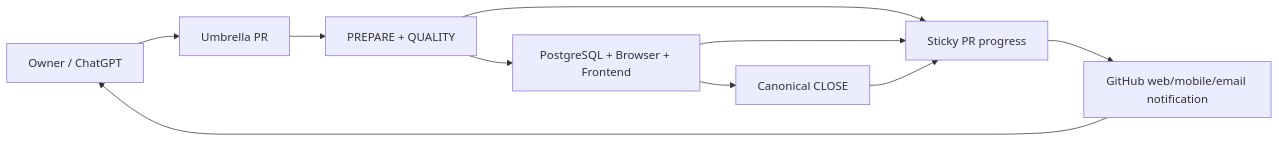
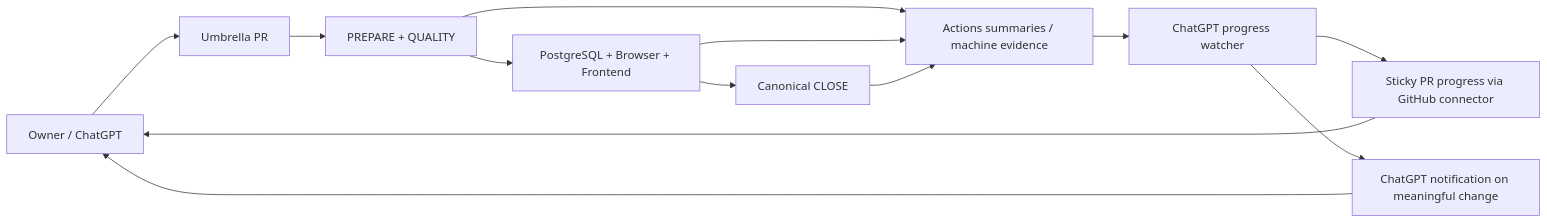
Before and after one commit to fusumivietnam/SongChart: the diagram in docs/project/docs/AI_PROGRESS_WORKFLOW.md, drawn with Mermaid. The commit also changed other lines of this file, not shown here.

Commit message:
stage 21: assign sticky progress to connector task

````diff
--- a/docs/project/docs/AI_PROGRESS_WORKFLOW.md
+++ b/docs/project/docs/AI_PROGRESS_WORKFLOW.md
@@ -11,12 +11,15 @@
 ```mermaid
 flowchart LR
     OWNER[Owner / ChatGPT] --> PR[Umbrella PR]
     PR --> PREP[PREPARE + QUALITY]
-    PREP --> DASH[Sticky PR progress]
     PREP --> VERIFY[PostgreSQL + Browser + Frontend]
-    VERIFY --> DASH
     VERIFY --> CLOSE[Canonical CLOSE]
-    CLOSE --> DASH
-    DASH --> NOTICE[GitHub web/mobile/email notification]
+    PREP --> ACTIONS[Actions summaries / machine evidence]
+    VERIFY --> ACTIONS
+    CLOSE --> ACTIONS
+    ACTIONS --> TASK[ChatGPT progress watcher]
+    TASK --> DASH[Sticky PR progress via GitHub connector]
+    TASK --> NOTICE[ChatGPT notification on meaningful change]
+    DASH --> OWNER
     NOTICE --> OWNER
 ```
````
